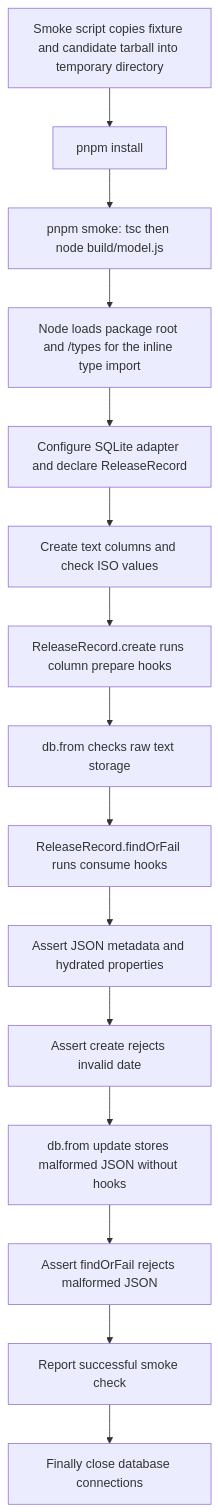
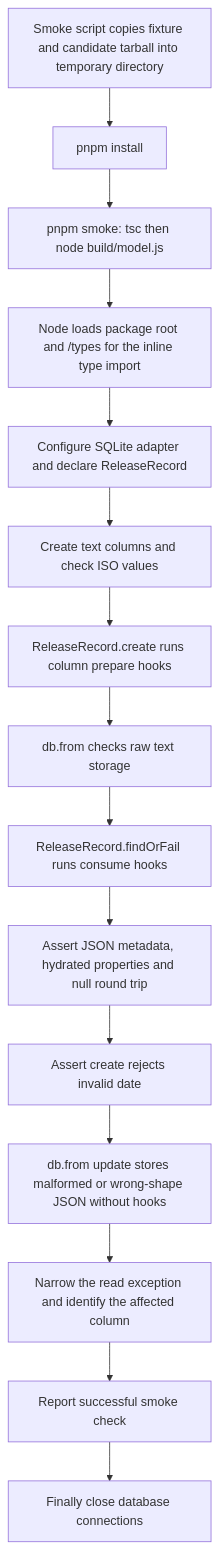
One commit to Kevinjohn/oss-adonisjs-lucid-checked-columns changed the second of 2 diagrams in user-stories/US-COLUMN-05-consume-installed-package.md. Above: the diagram before and after it, drawn with Mermaid. The commit also changed other lines of this file and 14 other files, not shown here.

````diff
--- a/user-stories/US-COLUMN-05-consume-installed-package.md
+++ b/user-stories/US-COLUMN-05-consume-installed-package.md
@@ -36,17 +36,17 @@
 ```mermaid
 flowchart TD
     A["Smoke script copies fixture and candidate tarball into temporary directory"] --> B["pnpm install"]
     B --> C["pnpm smoke: tsc then node build/model.js"]
     C --> P["Node loads package root and /types for the inline type import"]
     P --> D["Configure SQLite adapter and declare ReleaseRecord"]
     D --> E["Create text columns and check ISO values"]
     E --> F["ReleaseRecord.create runs column prepare hooks"]
     F --> G["db.from checks raw text storage"]
     G --> H["ReleaseRecord.findOrFail runs consume hooks"]
-    H --> I["Assert JSON metadata and hydrated properties"]
+    H --> I["Assert JSON metadata, hydrated properties and null round trip"]
     I --> J["Assert create rejects invalid date"]
-    J --> K["db.from update stores malformed JSON without hooks"]
-    K --> L["Assert findOrFail rejects malformed JSON"]
+    J --> K["db.from update stores malformed or wrong-shape JSON without hooks"]
+    K --> L["Narrow the read exception and identify the affected column"]
     L --> M["Report successful smoke check"]
     M --> N["Finally close database connections"]
 ```
````
